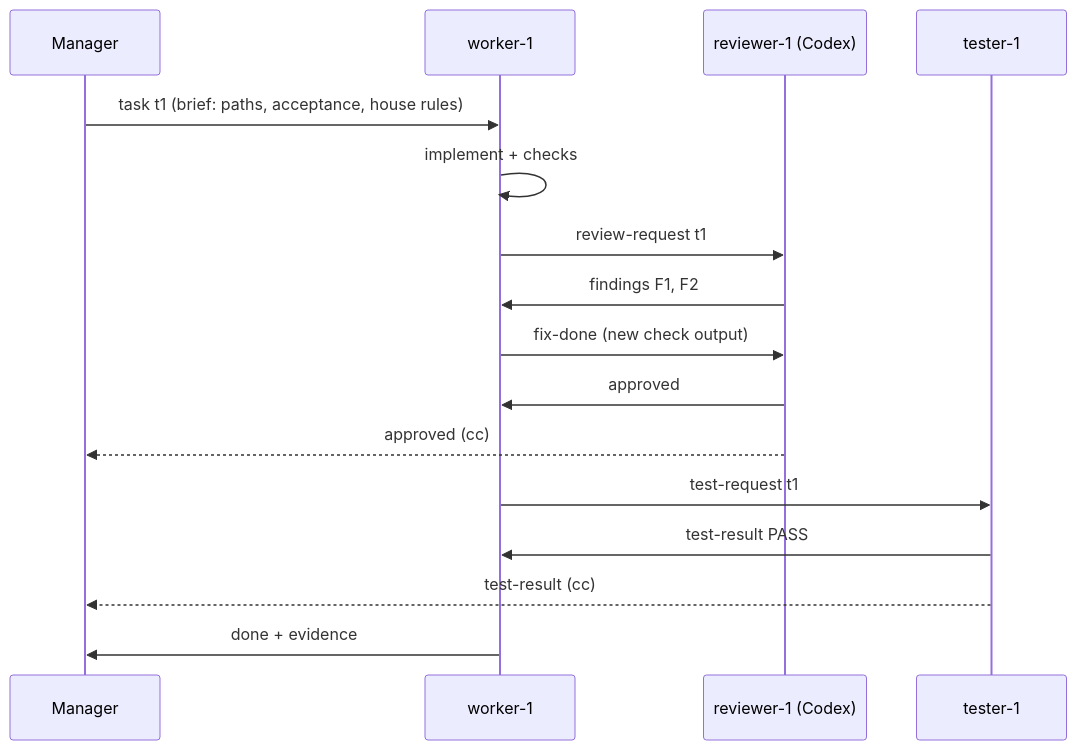
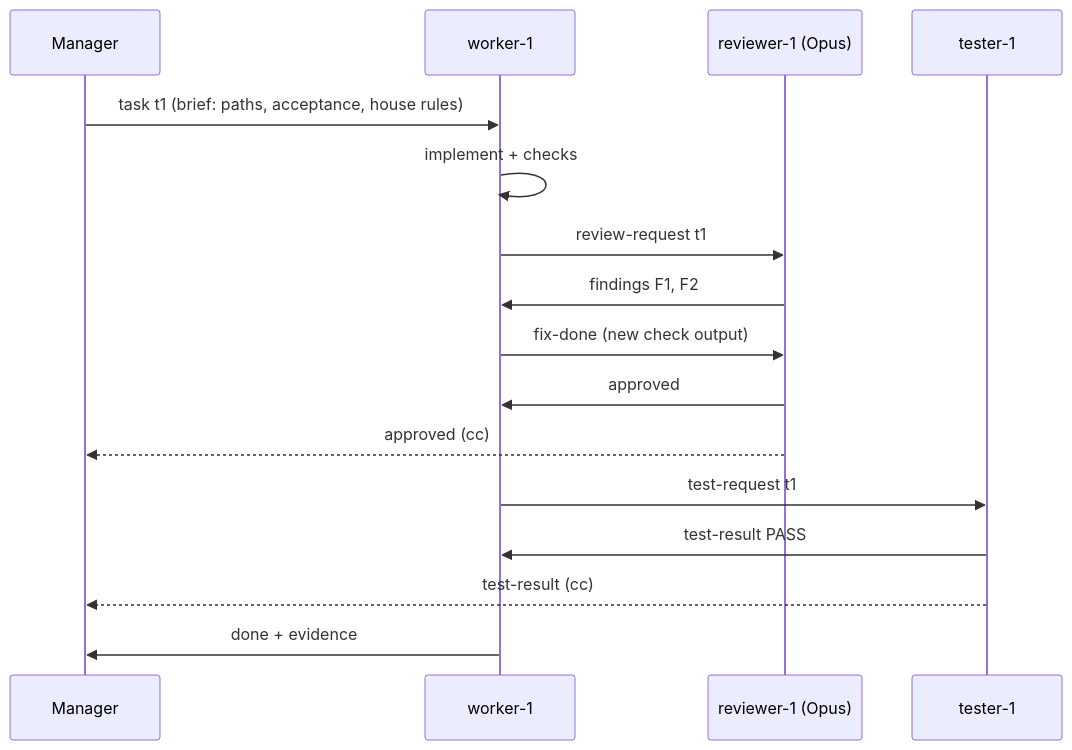
Before and after one commit to zainokta/zstack: the third of 3 diagrams in README.md, drawn with Mermaid. The commit also changed other lines of this file and 1 other file, not shown here.

````diff
--- a/README.md
+++ b/README.md
@@ -87,18 +99,18 @@
 ```mermaid
 sequenceDiagram
     participant M as Manager
     participant W as worker-1
-    participant R as reviewer-1 (Codex)
+    participant R as reviewer-1 (Opus)
     participant T as tester-1
     M->>W: task t1 (brief: paths, acceptance, house rules)
     W->>W: implement + checks
     W->>R: review-request t1
     R->>W: findings F1, F2
     W->>R: fix-done (new check output)
     R->>W: approved
     R-->>M: approved (cc)
     W->>T: test-request t1
     T->>W: test-result PASS
     T-->>M: test-result (cc)
     W->>M: done + evidence
 ```
````
